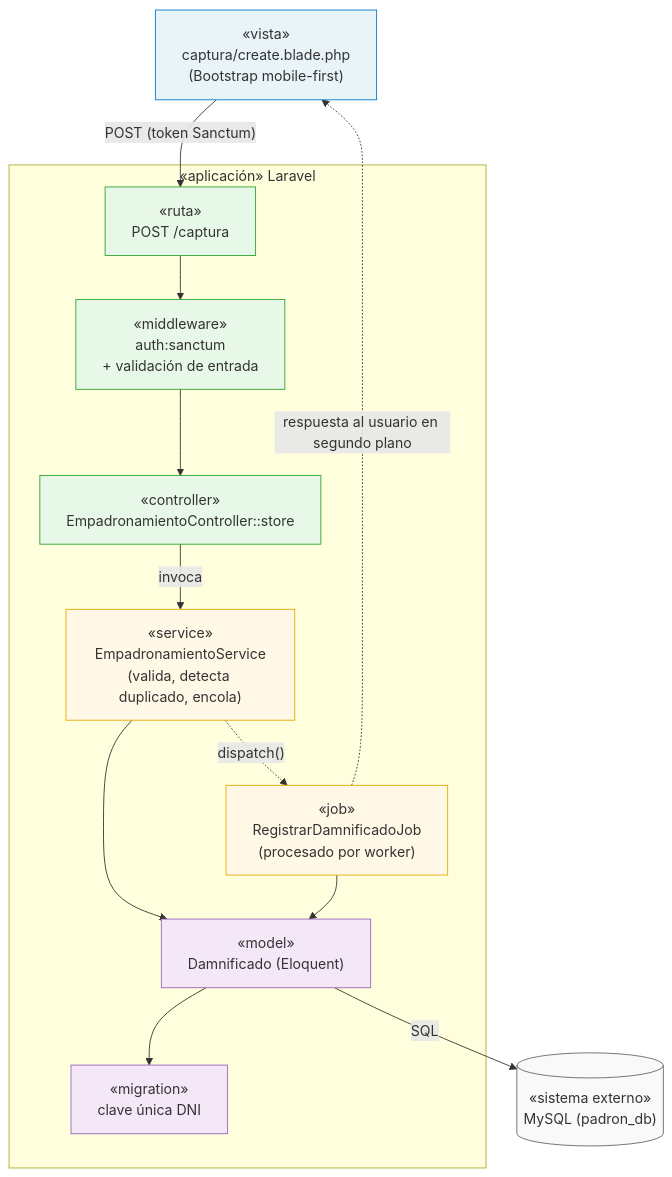
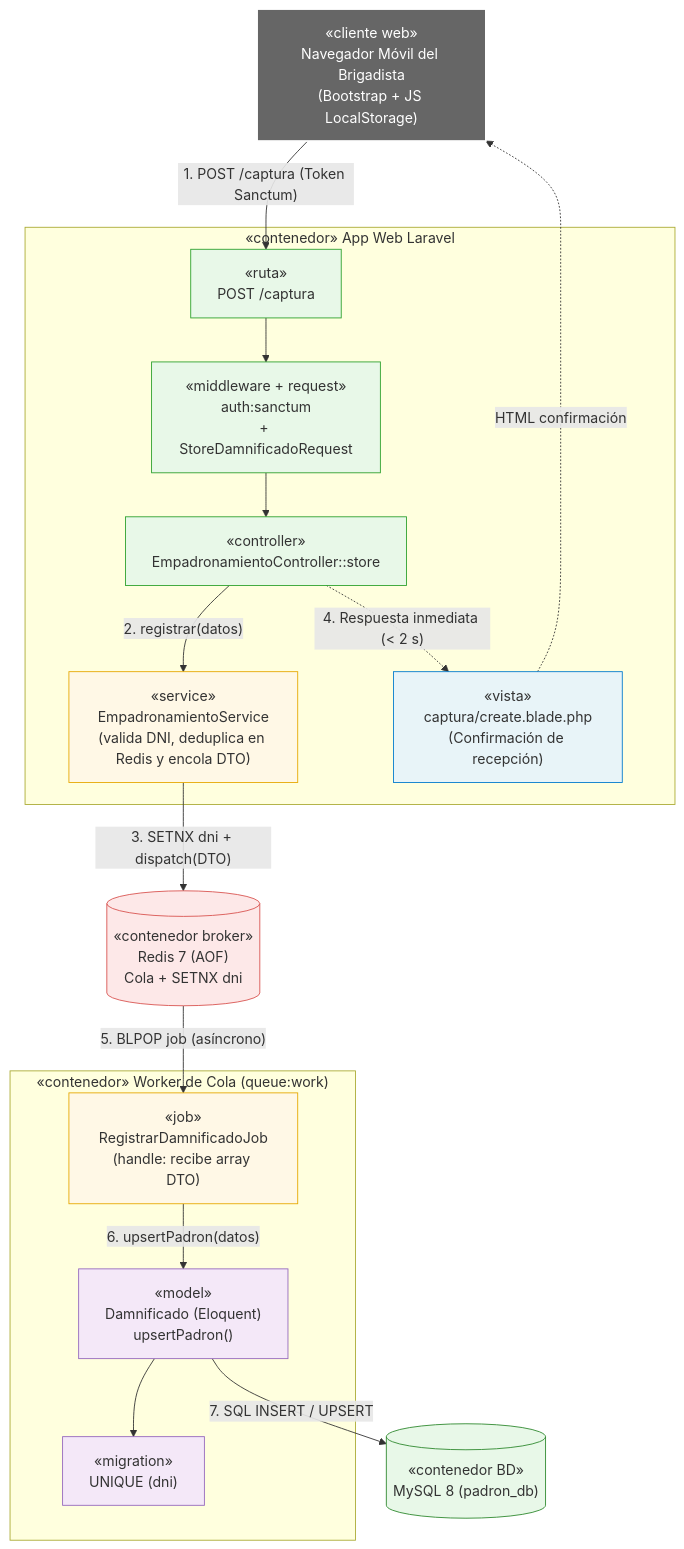
Before and after one commit to gabrielquispe27-ops/Sistema-Empadronamiento_arquiSoft_Quispe-02: the diagram in img/fuentes-mermaid/componentes-arquitectonicos.mmd, drawn with Mermaid. The commit also changed 31 other files, not shown here.

First line of the commit message:
docs(arquitectura): optimización C4, integración de Redis y diagramas actualizados

```diff
--- a/img/fuentes-mermaid/componentes-arquitectonicos.mmd
+++ b/img/fuentes-mermaid/componentes-arquitectonicos.mmd
@@ -1,32 +1,41 @@
 flowchart TD
+    classDef client fill:#666666,stroke:#fff,stroke-width:2px,color:#fff
     classDef pres fill:#e8f4f8,stroke:#007acc,stroke-width:1px,color:#333
     classDef ctrl fill:#e8f8e8,stroke:#2ca02c,stroke-width:1px,color:#333
     classDef biz fill:#fff8e6,stroke:#e6a800,stroke-width:1px,color:#333
     classDef data fill:#f4e8f8,stroke:#9467bd,stroke-width:1px,color:#333
-    classDef ext fill:#f9f9f9,stroke:#666,stroke-width:1px,color:#333
+    classDef queue fill:#fde8e8,stroke:#d9534f,stroke-width:1px,color:#333
+    classDef ext fill:#e8f8e8,stroke:#2d882d,stroke-width:1px,color:#333
 
-    V["«vista»\ncaptura/create.blade.php\n(Bootstrap mobile-first)"]:::pres
+    Nav["«cliente web»\nNavegador Móvil del Brigadista\n(Bootstrap + JS LocalStorage)"]:::client
 
-    subgraph LARAVEL ["«aplicación» Laravel"]
+    subgraph LARAVEL ["«contenedor» App Web Laravel"]
         R["«ruta»\nPOST /captura"]:::ctrl
-        MW["«middleware»\nauth:sanctum\n+ validación de entrada"]:::ctrl
+        MW["«middleware + request»\nauth:sanctum\n+ StoreDamnificadoRequest"]:::ctrl
         C["«controller»\nEmpadronamientoController::store"]:::ctrl
-        S["«service»\nEmpadronamientoService\n(valida, detecta duplicado, encola)"]:::biz
-        J["«job»\nRegistrarDamnificadoJob\n(procesado por worker)"]:::biz
-        M["«model»\nDamnificado (Eloquent)"]:::data
-        MI["«migration»\nclave única DNI"]:::data
+        V["«vista»\ncaptura/create.blade.php\n(Confirmación de recepción)"]:::pres
+        S["«service»\nEmpadronamientoService\n(valida DNI, deduplica en Redis y encola DTO)"]:::biz
     end
 
-    DB[("«sistema externo»\nMySQL (padron_db)")]:::ext
+    Redis[("«contenedor broker»\nRedis 7 (AOF)\nCola + SETNX dni")]:::queue
 
-    V -- "POST (token Sanctum)" --> R
+    subgraph WORKER ["«contenedor» Worker de Cola (queue:work)"]
+        J["«job»\nRegistrarDamnificadoJob\n(handle: recibe array DTO)"]:::biz
+        M["«model»\nDamnificado (Eloquent)\nupsertPadron()"]:::data
+        MI["«migration»\nUNIQUE (dni)"]:::data
+    end
+
+    DB[("«contenedor BD»\nMySQL 8 (padron_db)")]:::ext
+
+    Nav -- "1. POST /captura (Token Sanctum)" --> R
     R --> MW
     MW --> C
-    C -- "invoca" --> S
-    S -. "dispatch()" .-> J
-    S --> M
-    J --> M
+    C -- "2. registrar(datos)" --> S
+    S -- "3. SETNX dni + dispatch(DTO)" --> Redis
+    C -. "4. Respuesta inmediata (< 2 s)" .-> V
+    V -. "HTML confirmación" .-> Nav
+
+    Redis -- "5. BLPOP job (asíncrono)" --> J
+    J -- "6. upsertPadron(datos)" --> M
     M --> MI
-    M -- "SQL" --> DB
-
-    J -.->|"respuesta al usuario en segundo plano"| V
+    M -- "7. SQL INSERT / UPSERT" --> DB
```
